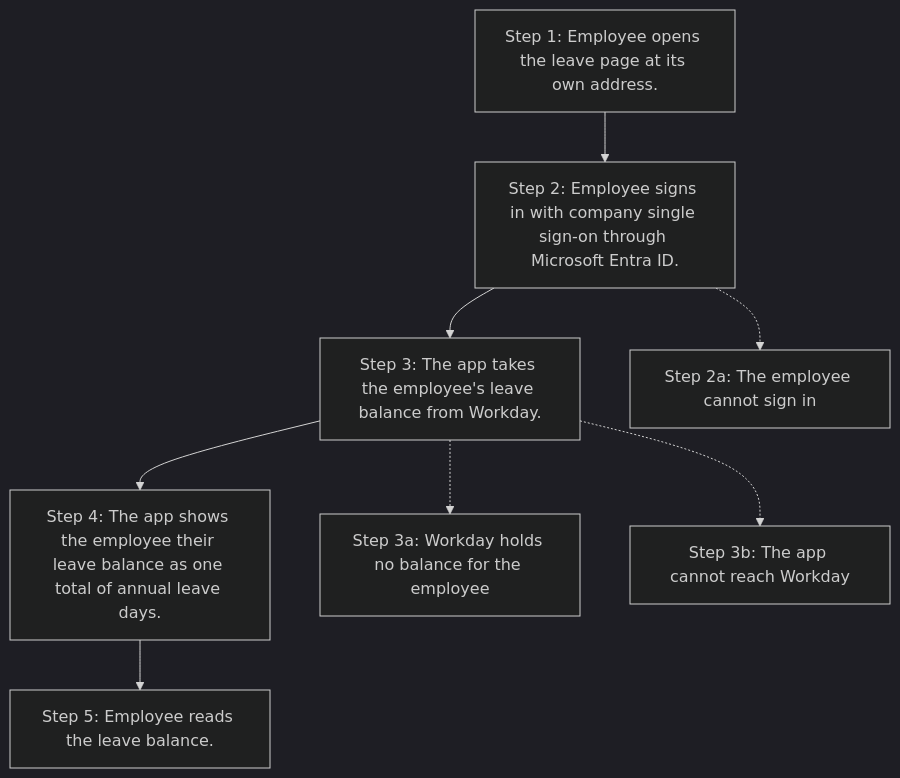
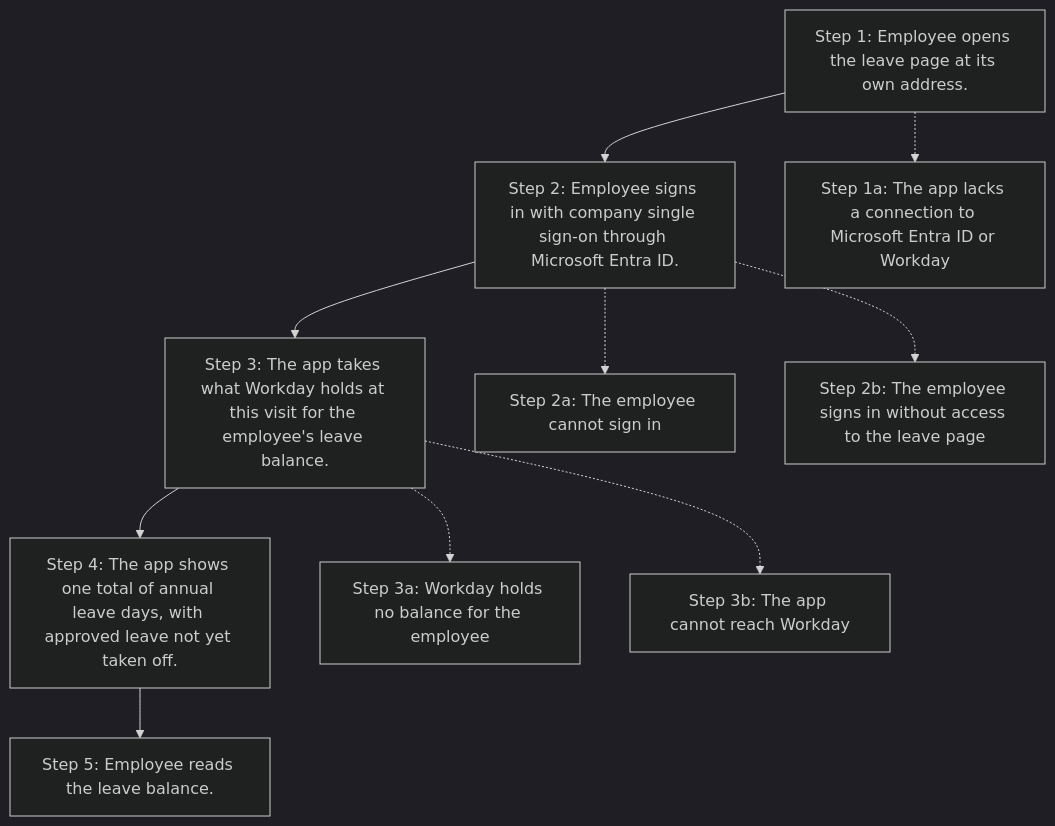
The fifth of 5 diagrams in zbrain-docs/requirements/user-journey.md (lhtshyamalshah/northstar-support-portal), drawn with Mermaid (dark theme) before and after one commit. The commit also changed other lines of this file and 1 other file, not shown here.

First line of the commit message:
docs(leave): update leave requirements for calculations and setup states

````diff
--- a/zbrain-docs/requirements/user-journey.md
+++ b/zbrain-docs/requirements/user-journey.md
@@ -132,10 +134,12 @@
 ```mermaid
 flowchart TD
   s1["Step 1: Employee opens the leave page at its own address."] --> s2["Step 2: Employee signs in with company single sign-on through Microsoft Entra ID."]
-  s2 --> s3["Step 3: The app takes the employee's leave balance from Workday."]
-  s3 --> s4["Step 4: The app shows the employee their leave balance as one total of annual leave days."]
+  s2 --> s3["Step 3: The app takes what Workday holds at this visit for the employee's leave balance."]
+  s3 --> s4["Step 4: The app shows one total of annual leave days, with approved leave not yet taken off."]
   s4 --> s5["Step 5: Employee reads the leave balance."]
+  s1 -.-> x1a["Step 1a: The app lacks a connection to Microsoft Entra ID or Workday"]
   s2 -.-> x2a["Step 2a: The employee cannot sign in"]
+  s2 -.-> x2b["Step 2b: The employee signs in without access to the leave page"]
   s3 -.-> x3a["Step 3a: Workday holds no balance for the employee"]
   s3 -.-> x3b["Step 3b: The app cannot reach Workday"]
 ```
````
